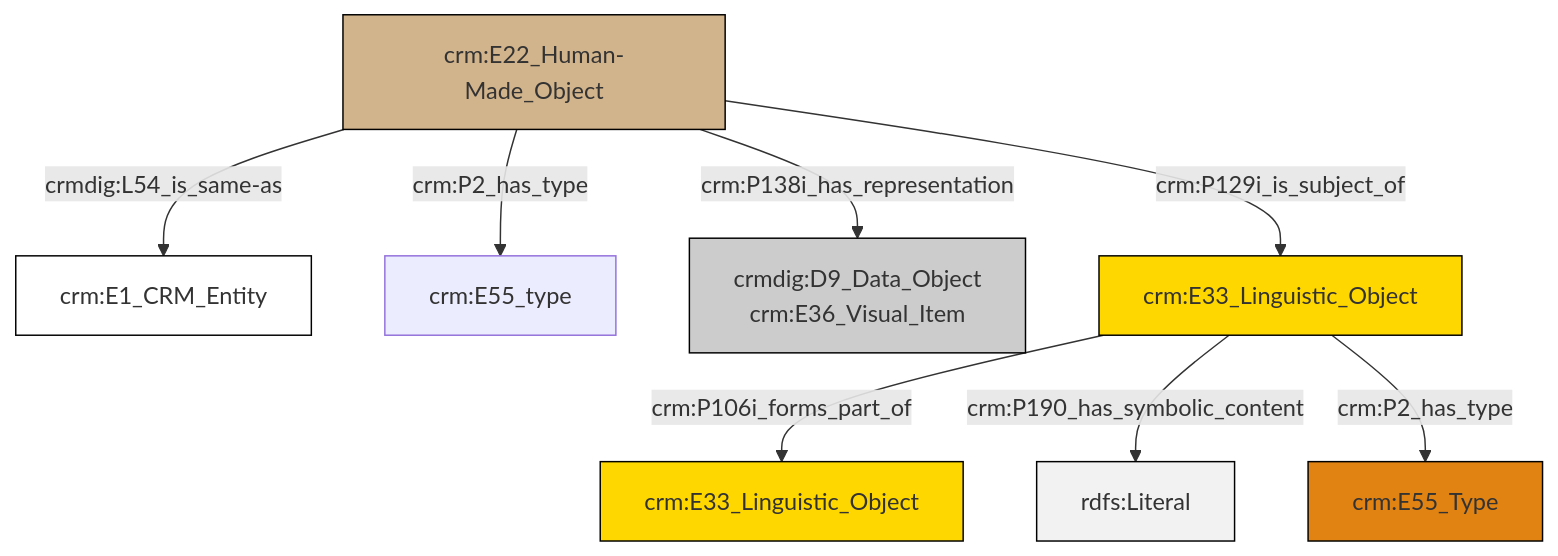
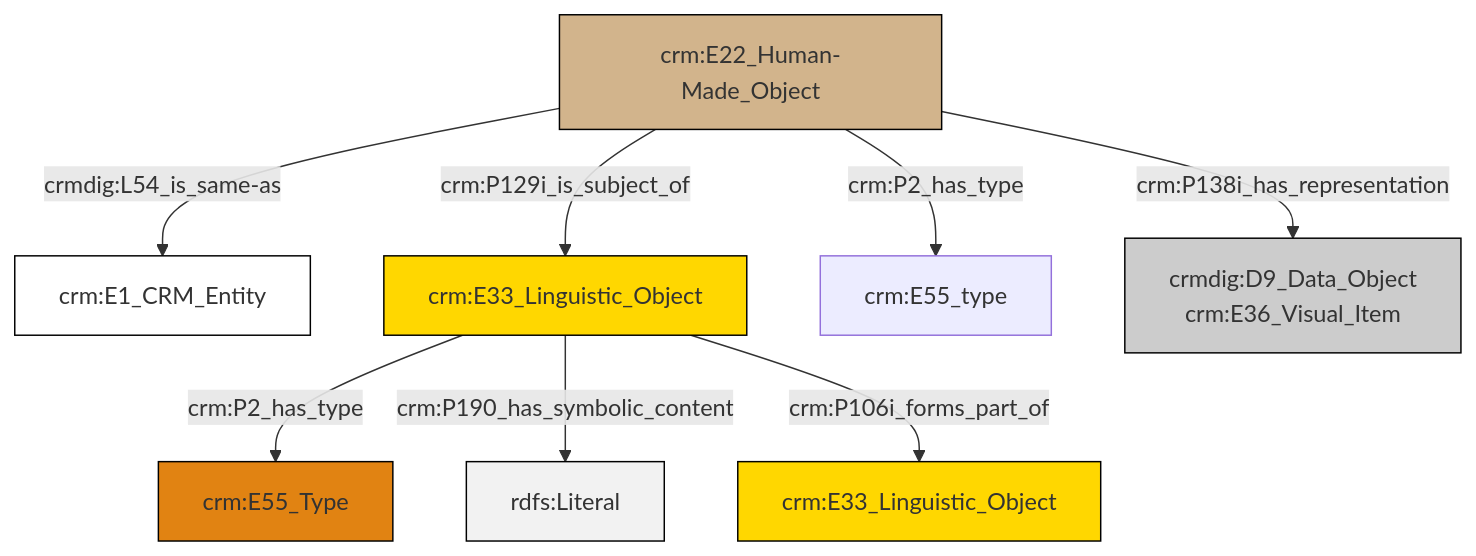
One commit to swiss-art-research-net/docs.swissartresearch changed the diagram in et/artworkCSV/ttl/mmd/Artwork_Documentation.ttl.mmd. Above: the diagram before and after it, drawn with Mermaid. The commit also changed 175 other files, not shown here.

```diff
--- a/et/artworkCSV/ttl/mmd/Artwork_Documentation.ttl.mmd
+++ b/et/artworkCSV/ttl/mmd/Artwork_Documentation.ttl.mmd
@@ -1,22 +1,22 @@
 graph TD
 classDef Literal fill:#f2f2f2,stroke:#000000;
 classDef CRM_Entity fill:#FFFFFF,stroke:#000000;
 classDef Temporal_Entity fill:#00C9E6, stroke:#000000;
 classDef Type fill:#E18312, stroke:#000000;
 classDef Time-Span fill:#2C9C91, stroke:#000000;
 classDef Appellation fill:#FFEB7F, stroke:#000000;
 classDef Place fill:#008836, stroke:#000000;
 classDef Persistent_Item fill:#B266B2, stroke:#000000;
 classDef Conceptual_Object fill:#FFD700, stroke:#000000;
 classDef Physical_Thing fill:#D2B48C, stroke:#000000;
 classDef Actor fill:#f58aad, stroke:#000000;
 classDef PC_Classes fill:#4ce600, stroke:#000000;
 classDef Multi fill:#cccccc,stroke:#000000;
 
-0["crm:E22_Human-Made_Object"]:::Physical_Thing -->|crmdig:L54_is_same-as| 1["crm:E1_CRM_Entity"]:::CRM_Entity
-0["crm:E22_Human-Made_Object"]:::Physical_Thing -->|crm:P2_has_type| 2["crm:E55_type"]:::Default
-6["crm:E33_Linguistic_Object"]:::Conceptual_Object -->|crm:P106i_forms_part_of| 10["crm:E33_Linguistic_Object"]:::Conceptual_Object
-6["crm:E33_Linguistic_Object"]:::Conceptual_Object -->|crm:P190_has_symbolic_content| 11[rdfs:Literal]:::Literal
-6["crm:E33_Linguistic_Object"]:::Conceptual_Object -->|crm:P2_has_type| 8["crm:E55_Type"]:::Type
-0["crm:E22_Human-Made_Object"]:::Physical_Thing -->|crm:P129i_is_subject_of| 6["crm:E33_Linguistic_Object"]:::Conceptual_Object
-0["crm:E22_Human-Made_Object"]:::Physical_Thing -->|crm:P138i_has_representation| 4["crmdig:D9_Data_Object<br>crm:E36_Visual_Item"]:::Multi
+2["crm:E33_Linguistic_Object"]:::Conceptual_Object -->|crm:P2_has_type| 3["crm:E55_Type"]:::Type
+5["crm:E22_Human-Made_Object"]:::Physical_Thing -->|crm:P129i_is_subject_of| 2["crm:E33_Linguistic_Object"]:::Conceptual_Object
+5["crm:E22_Human-Made_Object"]:::Physical_Thing -->|crm:P2_has_type| 6["crm:E55_type"]:::Default
+5["crm:E22_Human-Made_Object"]:::Physical_Thing -->|crm:P138i_has_representation| 7["crmdig:D9_Data_Object<br>crm:E36_Visual_Item"]:::Multi
+5["crm:E22_Human-Made_Object"]:::Physical_Thing -->|crmdig:L54_is_same-as| 0["crm:E1_CRM_Entity"]:::CRM_Entity
+2["crm:E33_Linguistic_Object"]:::Conceptual_Object -->|crm:P190_has_symbolic_content| 14[rdfs:Literal]:::Literal
+2["crm:E33_Linguistic_Object"]:::Conceptual_Object -->|crm:P106i_forms_part_of| 9["crm:E33_Linguistic_Object"]:::Conceptual_Object
```
